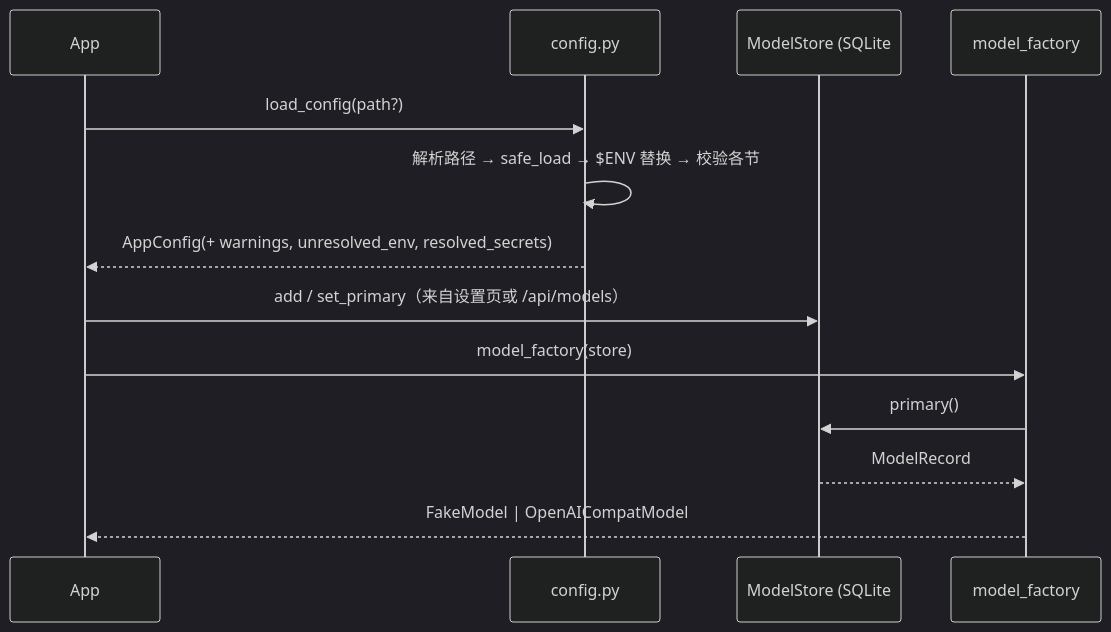
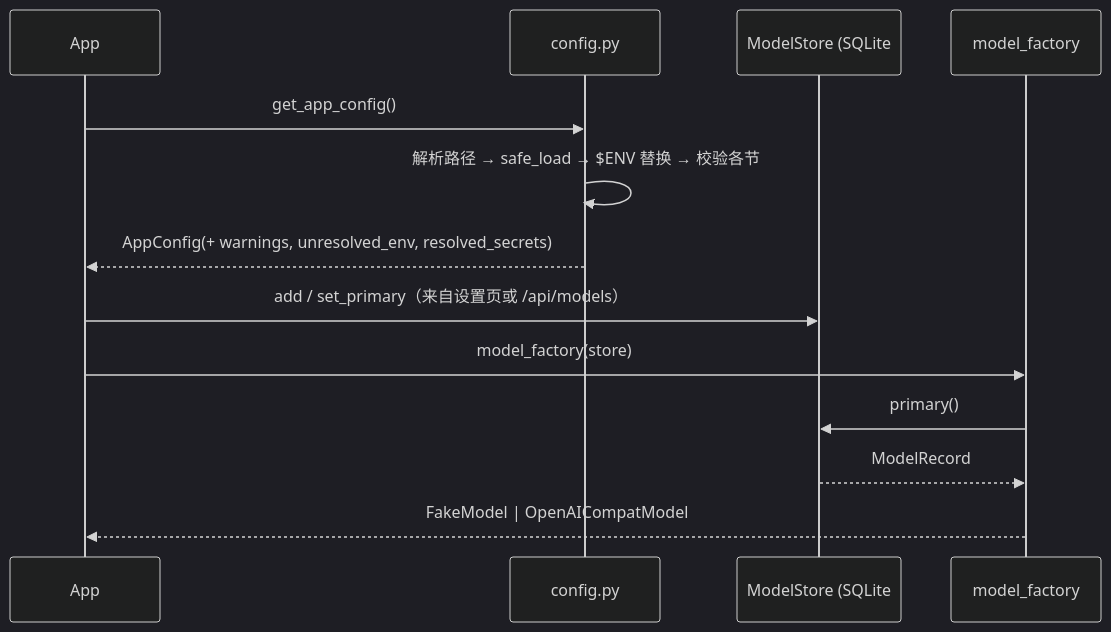
One commit to G0-000/agent-book changed the diagram in work-agent-harness/doc/evoflow-学习规划/01-最小闭环/01-配置与模型.md. Above: the diagram before and after it, drawn with Mermaid (dark theme). The commit also changed other lines of this file and 4 other files, not shown here.

First line of the commit message:
refactor(config): settings.py → app_config.py，严格对齐 EvoFlow

````diff
--- a/work-agent-harness/doc/evoflow-学习规划/01-最小闭环/01-配置与模型.md
+++ b/work-agent-harness/doc/evoflow-学习规划/01-最小闭环/01-配置与模型.md
@@ -63,15 +63,15 @@
 ```mermaid
 sequenceDiagram
     participant App
     participant C as config.py
     participant S as ModelStore (SQLite
     participant F as model_factory
-    App->>C: load_config(path?)
+    App->>C: get_app_config()
     C->>C: 解析路径 → safe_load → $ENV 替换 → 校验各节
     C-->>App: AppConfig(+ warnings, unresolved_env, resolved_secrets)
     App->>S: add / set_primary（来自设置页或 /api/models）
     App->>F: model_factory(store)
     F->>S: primary()
     S-->>F: ModelRecord
     F-->>App: FakeModel | OpenAICompatModel
 ```
````
